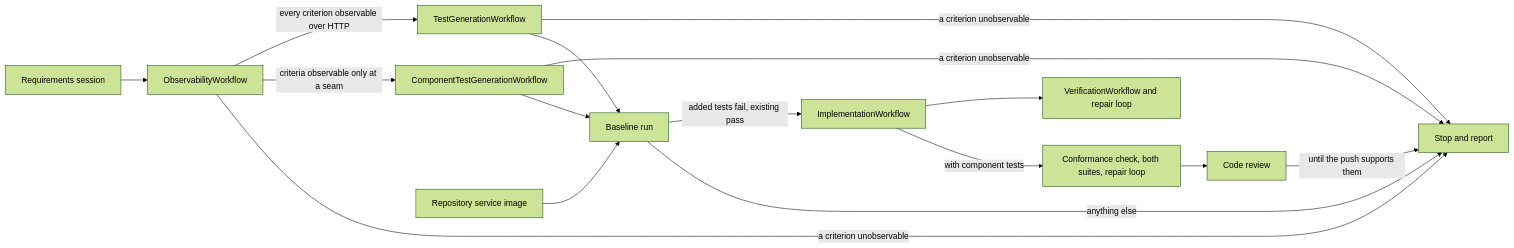
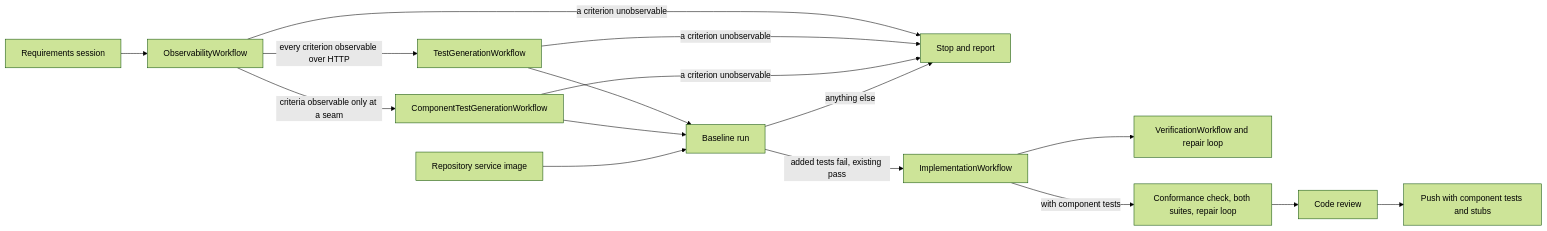
Before and after one commit to zikasak/temporal-SDLC: the third of 4 diagrams in docs/service-implementation.md, drawn with Mermaid (forest theme). The commit also changed other lines of this file and 14 other files, not shown here.

First line of the commit message:
Push changes with component tests and list their proofs

````diff
--- a/docs/service-implementation.md
+++ b/docs/service-implementation.md
@@ -476,18 +476,18 @@
 ```mermaid
 flowchart LR
     brief[Requirements session] --> routing[ObservabilityWorkflow]
     routing -- every criterion observable over HTTP --> tests[TestGenerationWorkflow]
     routing -- criteria observable only at a seam --> components[ComponentTestGenerationWorkflow]
     routing -- a criterion unobservable --> stop
     tests -- a criterion unobservable --> stop
     components -- a criterion unobservable --> stop
     tests --> baseline[Baseline run]
     components --> baseline
     repository[Repository service image] --> baseline
     baseline -- added tests fail, existing pass --> fix[ImplementationWorkflow]
     baseline -- anything else --> stop[Stop and report]
     fix --> verification[VerificationWorkflow and repair loop]
     fix -- with component tests --> conformance[Conformance check, both suites, repair loop]
     conformance --> creview[Code review]
-    creview -- until the push supports them --> stop
+    creview --> push[Push with component tests and stubs]
 ```
````
